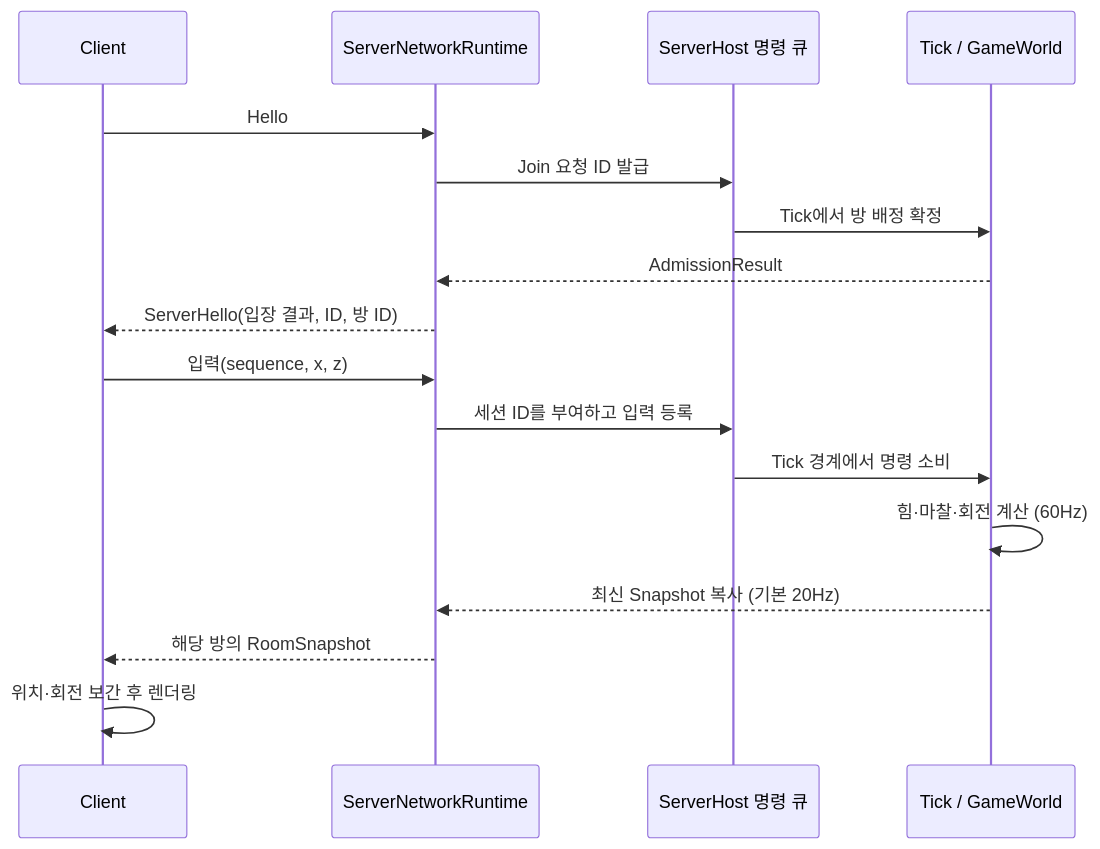
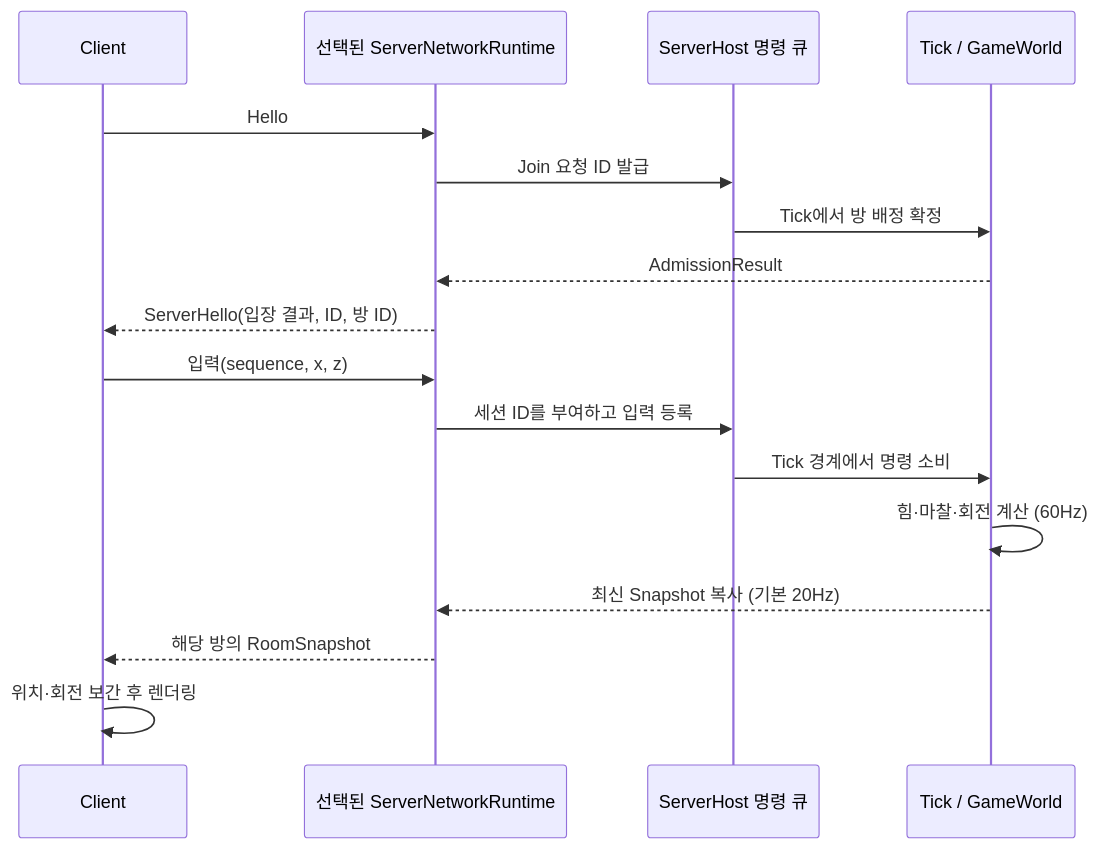
The second of 3 diagrams in docs/SERVER_ARCHITECTURE.md (BaeJiwoo/MoongTangE), drawn with Mermaid before and after one commit. The commit also changed other lines of this file and 31 other files, not shown here.

````diff
--- a/docs/SERVER_ARCHITECTURE.md
+++ b/docs/SERVER_ARCHITECTURE.md
@@ -71,19 +72,19 @@
 ```mermaid
 sequenceDiagram
     participant Client as Client
-    participant Net as ServerNetworkRuntime
+    participant Net as 선택된 ServerNetworkRuntime
     participant Queue as ServerHost 명령 큐
     participant World as Tick / GameWorld
     Client->>Net: Hello
     Net->>Queue: Join 요청 ID 발급
     Queue->>World: Tick에서 방 배정 확정
     World-->>Net: AdmissionResult
     Net-->>Client: ServerHello(입장 결과, ID, 방 ID)
     Client->>Net: 입력(sequence, x, z)
     Net->>Queue: 세션 ID를 부여하고 입력 등록
     Queue->>World: Tick 경계에서 명령 소비
     World->>World: 힘·마찰·회전 계산 (60Hz)
     World-->>Net: 최신 Snapshot 복사 (기본 20Hz)
     Net-->>Client: 해당 방의 RoomSnapshot
     Client->>Client: 위치·회전 보간 후 렌더링
 ```
````
